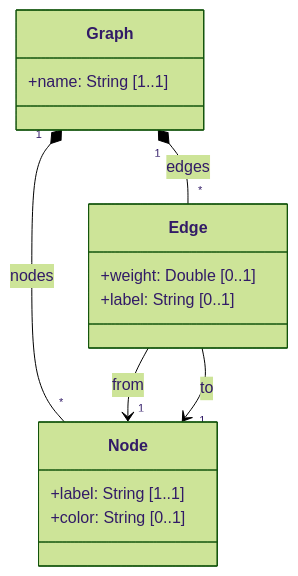
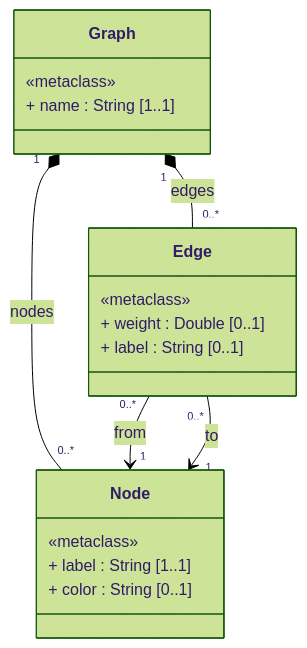
The fourth of 5 diagrams in 09-przykladowy-metamodel.md (prazny/ex-knowledge), drawn with Mermaid (forest theme) before and after one commit. The commit also changed other lines of this file and 33 other files, not shown here.

````diff
--- a/09-przykladowy-metamodel.md
+++ b/09-przykladowy-metamodel.md
@@ -331,19 +275,22 @@
 ```mermaid
 classDiagram
     class Graph {
-        +name: String [1..1]
+        «metaclass»
+        + name : String [1..1]
     }
     class Node {
-        +label: String [1..1]
-        +color: String [0..1]
+        «metaclass»
+        + label : String [1..1]
+        + color : String [0..1]
     }
     class Edge {
-        +weight: Double [0..1]
-        +label: String [0..1]
+        «metaclass»
+        + weight : Double [0..1]
+        + label : String [0..1]
     }
 
-    Graph "1" *-- "*" Node : nodes
-    Graph "1" *-- "*" Edge : edges
-    Edge --> "1" Node : from
-    Edge --> "1" Node : to
+    Graph "1" *-- "0..*" Node : nodes
+    Graph "1" *-- "0..*" Edge : edges
+    Edge "0..*" --> "1" Node : from
+    Edge "0..*" --> "1" Node : to
 ```
````
